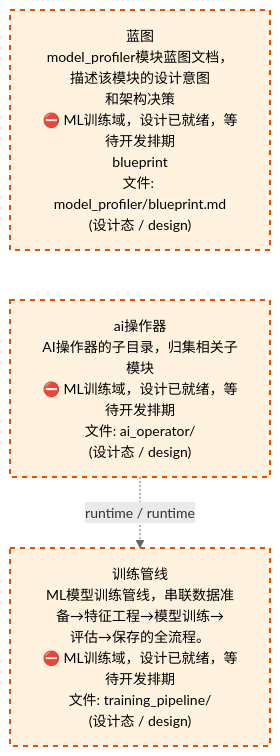
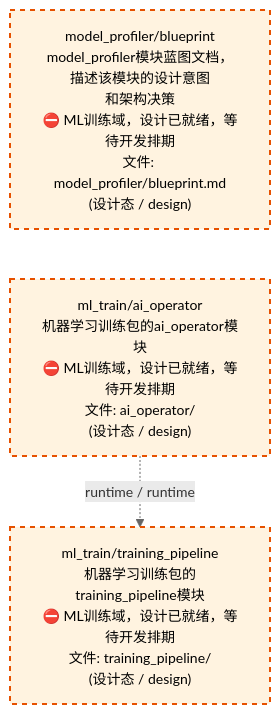
Before and after one commit to xuanFelixVan/ZephyrAlpha: the third of 4 diagrams in docs/02_enterprise_architecture/02_domain_architecture_docs/61_d_ml_train.md, drawn with Mermaid. The commit also changed other lines of this file and 58 other files, not shown here.

````diff
--- a/docs/02_enterprise_architecture/02_domain_architecture_docs/61_d_ml_train.md
+++ b/docs/02_enterprise_architecture/02_domain_architecture_docs/61_d_ml_train.md
@@ -119,14 +119,14 @@
 ```mermaid
 %%{init: {'theme': 'base', 'themeVariables': {'primaryColor': '#eaeaea', 'primaryTextColor': '#333333', 'primaryBorderColor': '#666666', 'lineColor': '#666666', 'secondaryColor': '#eaeaea', 'tertiaryColor': '#eaeaea', 'fontSize': '14px'}}}%%
 flowchart TD
-    docs_03_modules_cross_layer_model_profiler_blueprint_md["蓝图<br/>model_profiler模块蓝图文档，描述该模块的设计意图<br/>和架构决策<br/>⛔ ML训练域，设计已就绪，等待开发排期<br/>blueprint<br/>文件: model_profiler/blueprint.md<br/>(设计态 / design)"]
-    src_zephyr_ml_train_ai_operator["ai操作器<br/>AI操作器的子目录，归集相关子模块<br/>⛔ ML训练域，设计已就绪，等待开发排期<br/>文件: ai_operator/<br/>(设计态 / design)"]
+    docs_03_modules_cross_layer_model_profiler_blueprint_md["model_profiler/blueprint<br/>model_profiler模块蓝图文档，描述该模块的设计意图<br/>和架构决策<br/>⛔ ML训练域，设计已就绪，等待开发排期<br/>文件: model_profiler/blueprint.md<br/>(设计态 / design)"]
+    src_zephyr_ml_train_ai_operator["ml_train/ai_operator<br/>机器学习训练包的ai_operator模块<br/>⛔ ML训练域，设计已就绪，等待开发排期<br/>文件: ai_operator/<br/>(设计态 / design)"]
     docs_03_modules_cross_layer_model_profiler_blueprint_md ~~~ src_zephyr_ml_train_ai_operator
-    src_zephyr_ml_train_training_pipeline["训练管线<br/>ML模型训练管线，串联数据准备→特征工程→模型训练→<br/>评估→保存的全流程。<br/>⛔ ML训练域，设计已就绪，等待开发排期<br/>文件: training_pipeline/<br/>(设计态 / design)"]
+    src_zephyr_ml_train_training_pipeline["ml_train/training_pipeline<br/>机器学习训练包的training_pipeline模块<br/>⛔ ML训练域，设计已就绪，等待开发排期<br/>文件: training_pipeline/<br/>(设计态 / design)"]
     src_zephyr_ml_train_ai_operator -.->|runtime / runtime| src_zephyr_ml_train_training_pipeline
     classDef production fill:#e1f5fe,stroke:#01579b,stroke-width:2px,color:#000
     classDef design fill:#fff3e0,stroke:#e65100,stroke-width:2px,color:#000,stroke-dasharray: 5 5
     classDef external_prod fill:#e8f4fd,stroke:#0277bd,stroke-width:1px,color:#000
     classDef external_design fill:#fff8e7,stroke:#ef6c00,stroke-width:1px,color:#000,stroke-dasharray: 5 5
     class docs_03_modules_cross_layer_model_profiler_blueprint_md,src_zephyr_ml_train_ai_operator,src_zephyr_ml_train_training_pipeline design
 ```
````
